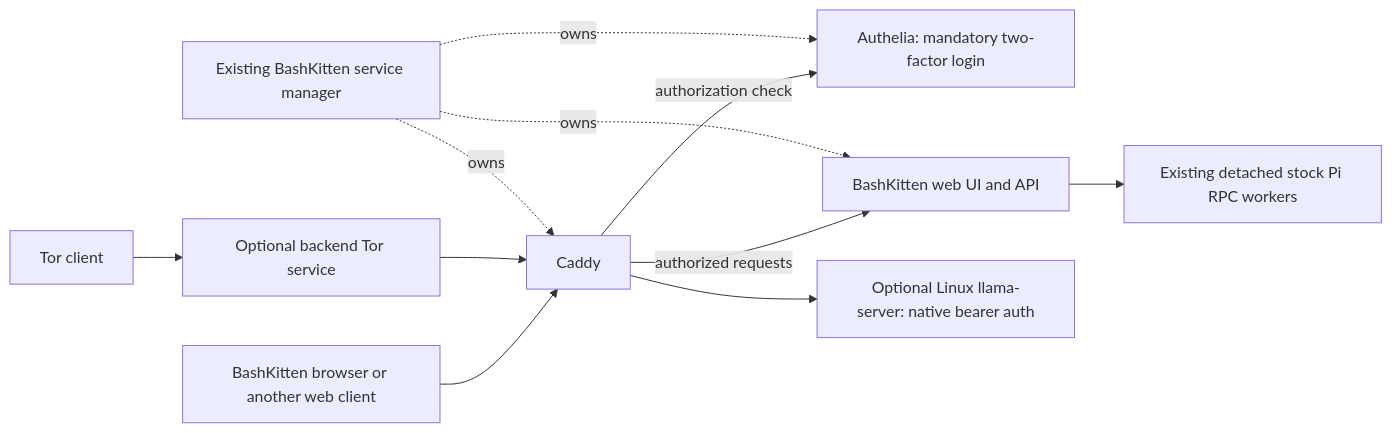
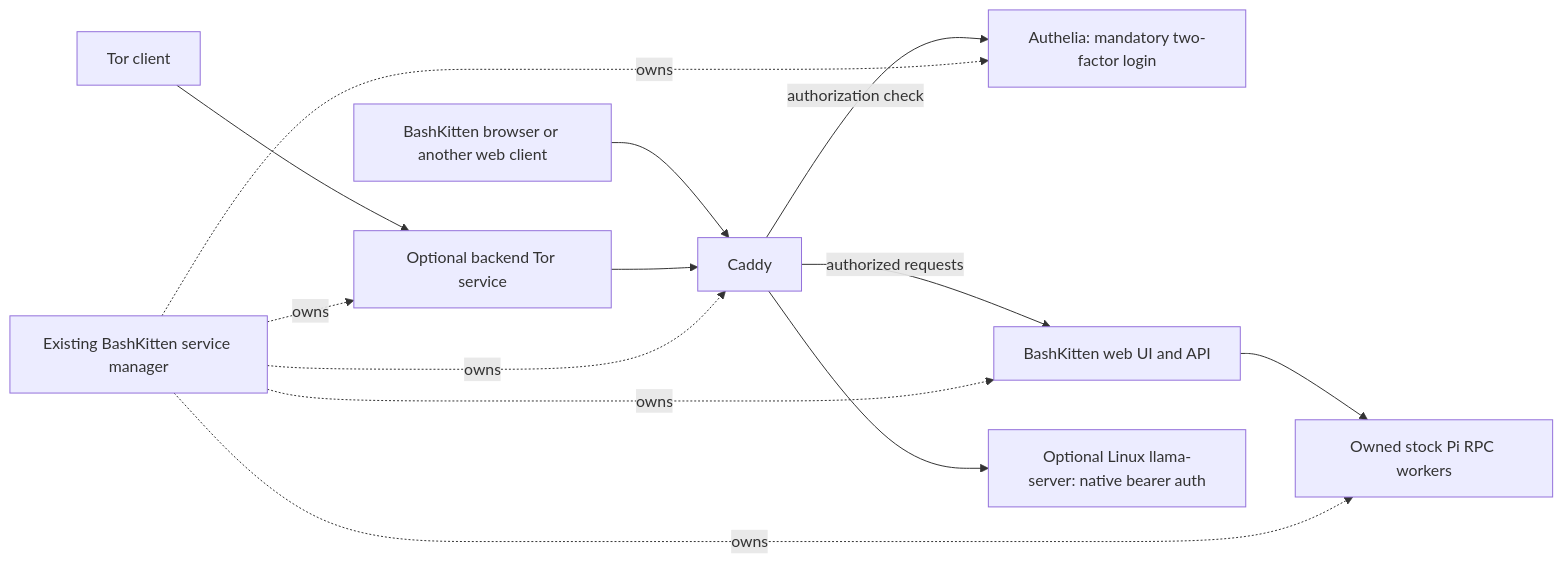
The diagram in docs/browser-integration-plan.md (openresearchtools/BashKitten), drawn with Mermaid before and after one commit. The commit also changed other lines of this file and 2 other files, not shown here.

````diff
--- a/docs/browser-integration-plan.md
+++ b/docs/browser-integration-plan.md
@@ -245,13 +375,15 @@
 ```mermaid
 flowchart LR
     Client[BashKitten browser or another web client] --> Caddy
     Remote[Tor client] --> Onion[Optional backend Tor service]
     Onion --> Caddy
     Caddy -->|authorization check| Auth[Authelia: mandatory two-factor login]
     Caddy -->|authorized requests| UI[BashKitten web UI and API]
-    UI --> Workers[Existing detached stock Pi RPC workers]
+    UI --> Workers[Owned stock Pi RPC workers]
     Caddy --> Llama[Optional Linux llama-server: native bearer auth]
     Manager[Existing BashKitten service manager] -. owns .-> Caddy
     Manager -. owns .-> Auth
     Manager -. owns .-> UI
+    Manager -. owns .-> Onion
+    Manager -. owns .-> Workers
 ```
````
